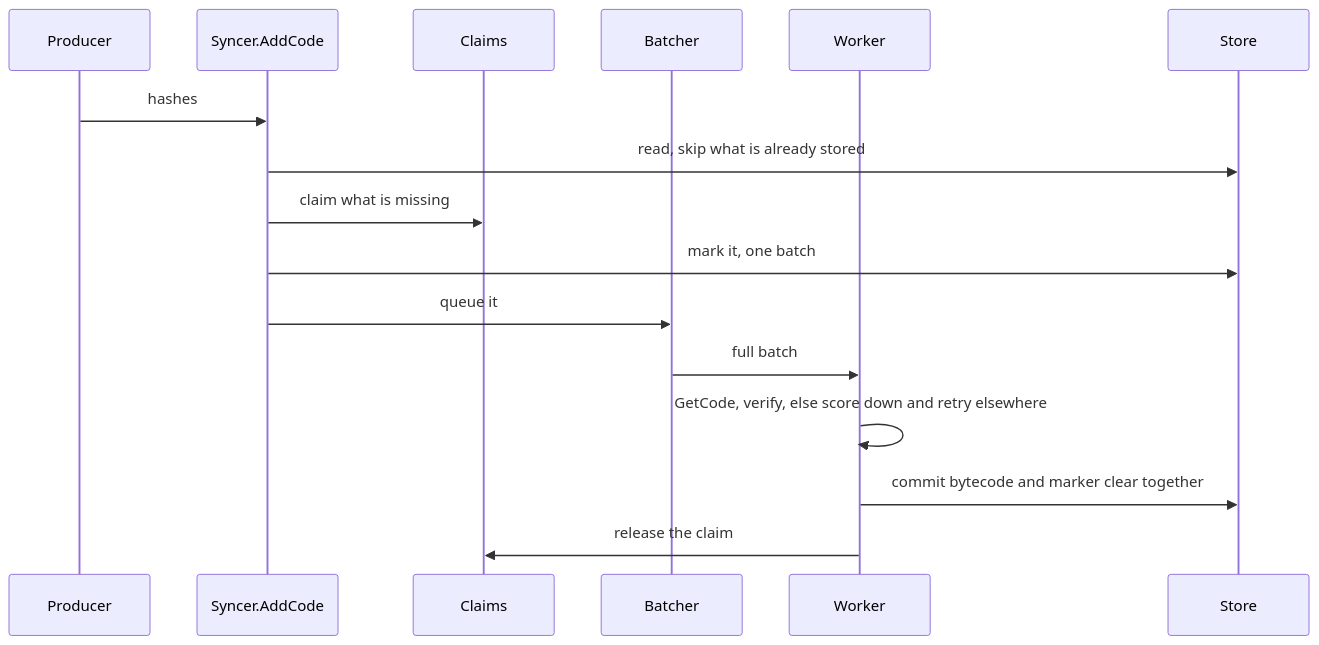
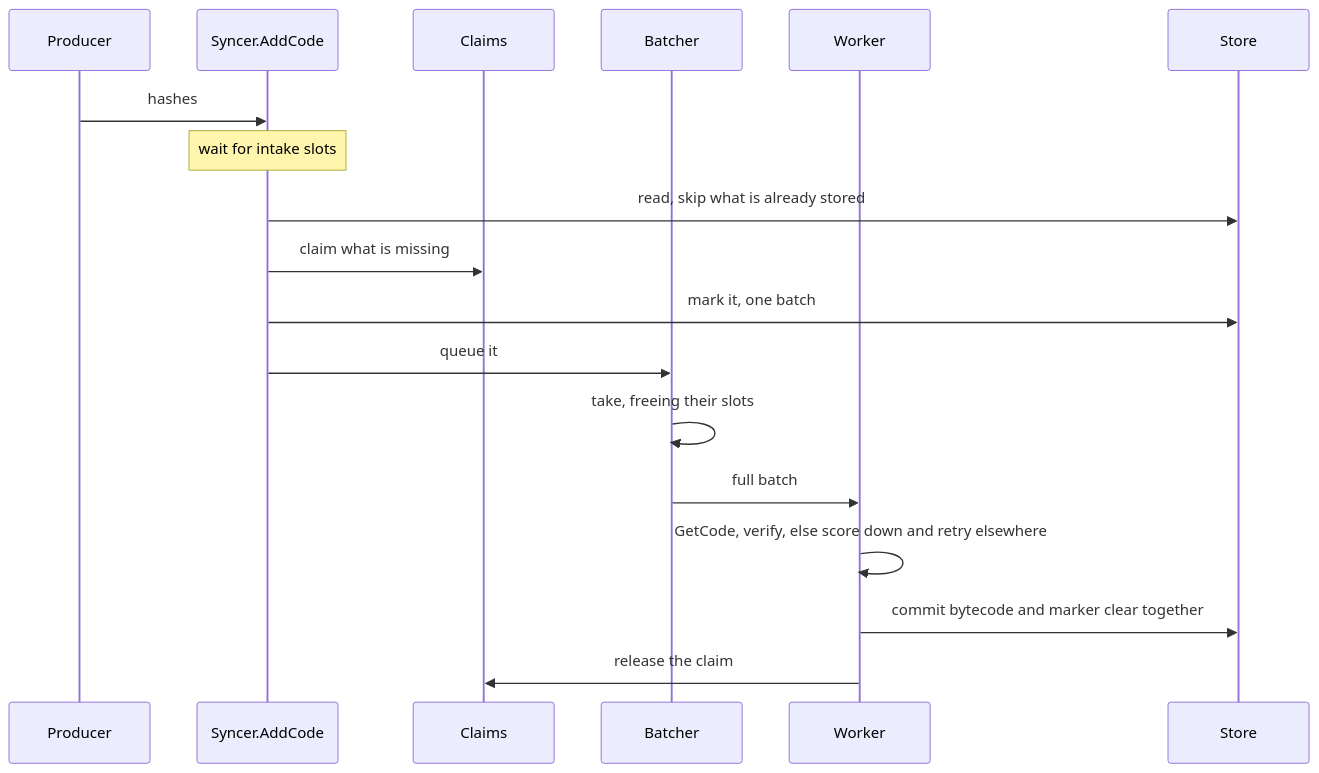
One commit to ava-labs/avalanchego changed the second of 2 diagrams in vms/evm/sync/code/README.md. Above: the diagram before and after it, drawn with Mermaid. The commit also changed other lines of this file and 5 other files, not shown here.

````diff
--- a/vms/evm/sync/code/README.md
+++ b/vms/evm/sync/code/README.md
@@ -59,18 +63,20 @@
 ```mermaid
 sequenceDiagram
   participant P as Producer
   participant A as Syncer.AddCode
   participant C as Claims
   participant B as Batcher
   participant W as Worker
   participant S as Store
   P->>A: hashes
+  Note over A: wait for intake slots
   A->>S: read, skip what is already stored
   A->>C: claim what is missing
   A->>S: mark it, one batch
   A->>B: queue it
+  B->>B: take, freeing their slots
   B->>W: full batch
   W->>W: GetCode, verify, else score down and retry elsewhere
   W->>S: commit bytecode and marker clear together
   W->>C: release the claim
 ```
````
